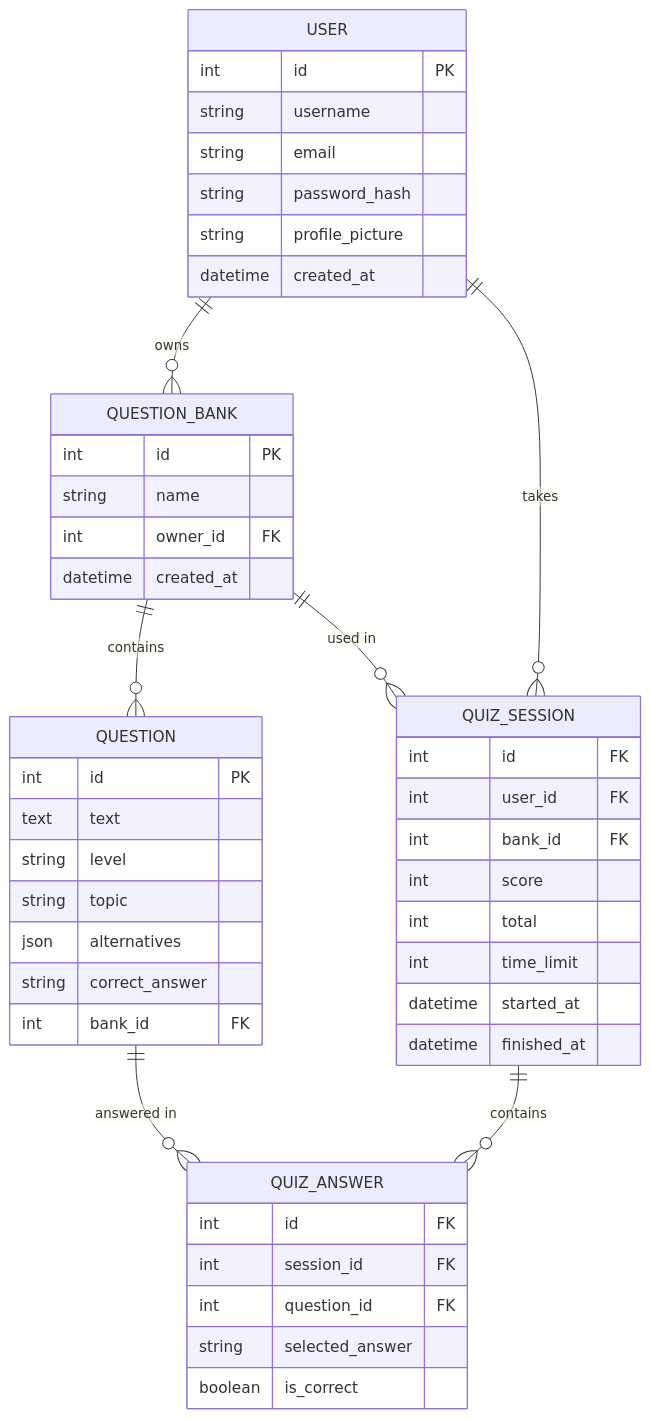
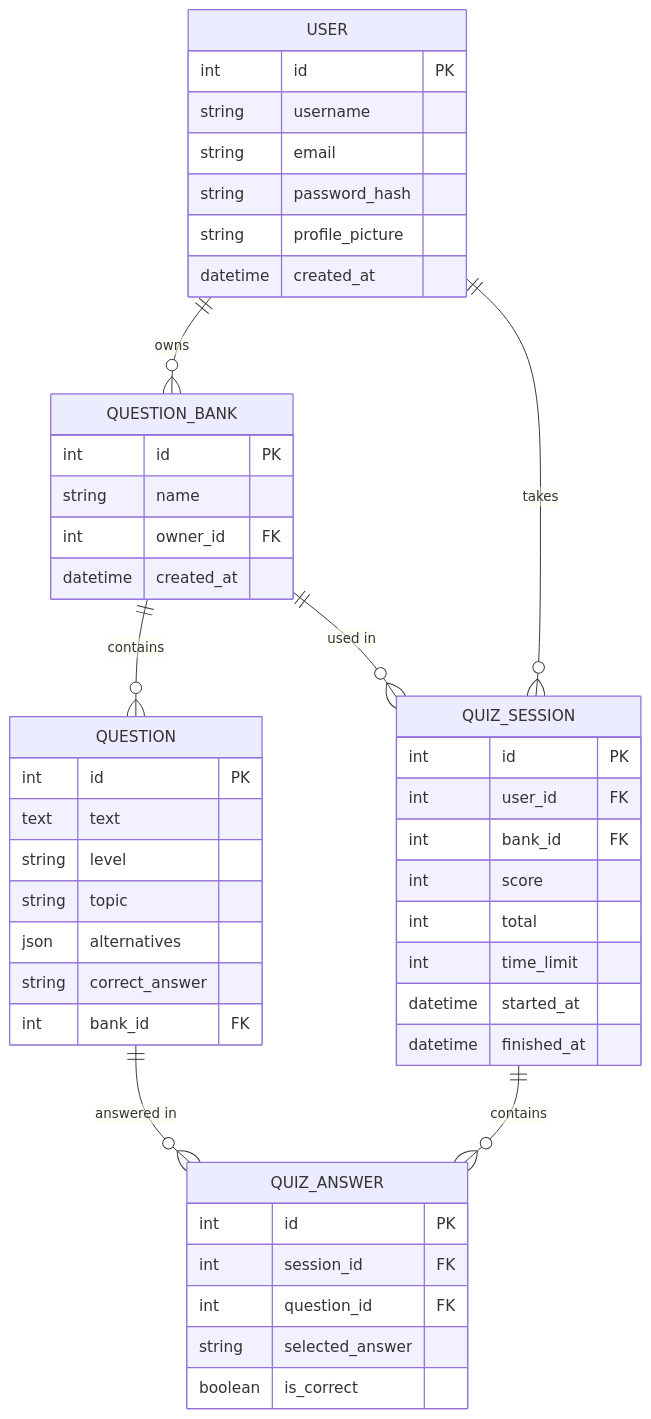
One commit to LuisDavidMSilva/provr changed the diagram in docs/data-modeling.md. Above: the diagram before and after it, drawn with Mermaid. The commit also changed 1 other file, not shown here.

Commit message:
fix: remove extra body tag from terms.html and fix PK markers in data-modeling

````diff
--- a/docs/data-modeling.md
+++ b/docs/data-modeling.md
@@ -2,54 +2,54 @@
 ```mermaid
 erDiagram
     USER {
         int id PK
         string username
         string email
         string password_hash
         string profile_picture
         datetime created_at
     }
 
     QUESTION_BANK {
         int id PK
         string name
         int owner_id FK
         datetime created_at
     }
 
     QUESTION {
         int id PK
         text text
         string level
         string topic
         json alternatives
         string correct_answer
         int bank_id FK
     }
 
     QUIZ_ANSWER {
-        int id FK
+        int id PK
         int session_id FK
         int question_id FK
         string selected_answer
         boolean is_correct
     }
 
     QUIZ_SESSION {
-        int id FK
+        int id PK
         int user_id FK
         int bank_id FK
         int score
         int total
         int time_limit
         datetime started_at
         datetime finished_at
     }
 
     USER ||--o{ QUESTION_BANK : "owns"
     USER ||--o{ QUIZ_SESSION : "takes"
     QUESTION ||--o{ QUIZ_ANSWER : "answered in"
     QUIZ_SESSION ||--o{ QUIZ_ANSWER : "contains"
     QUESTION_BANK ||--o{ QUESTION : "contains"
     QUESTION_BANK ||--o{ QUIZ_SESSION : "used in"
 ```
````
